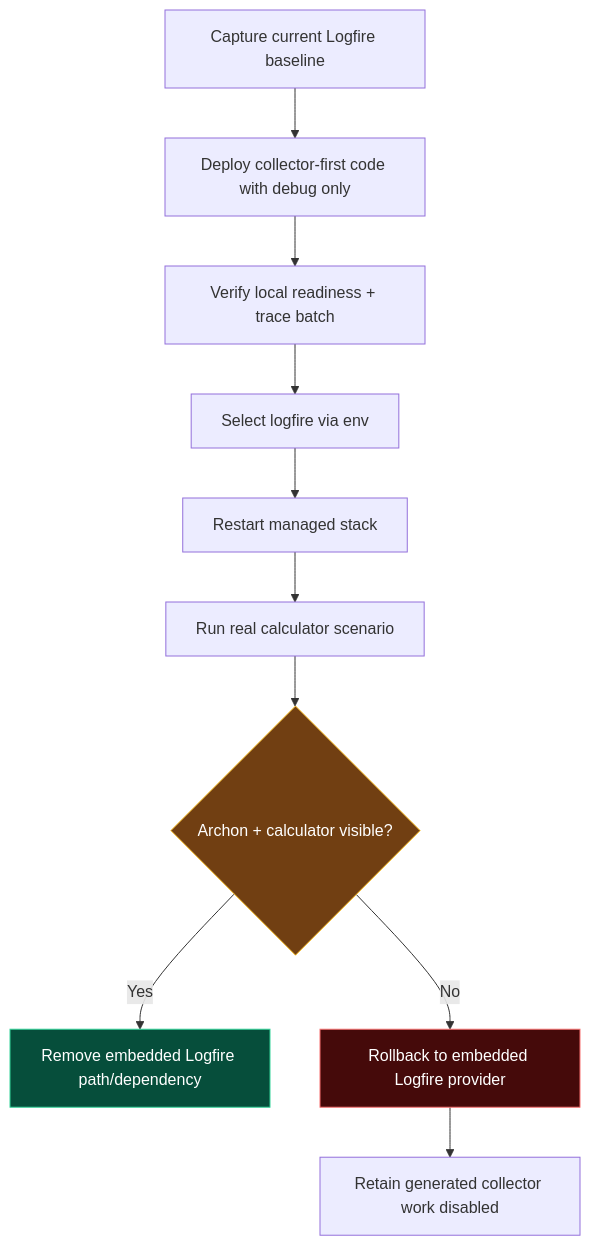
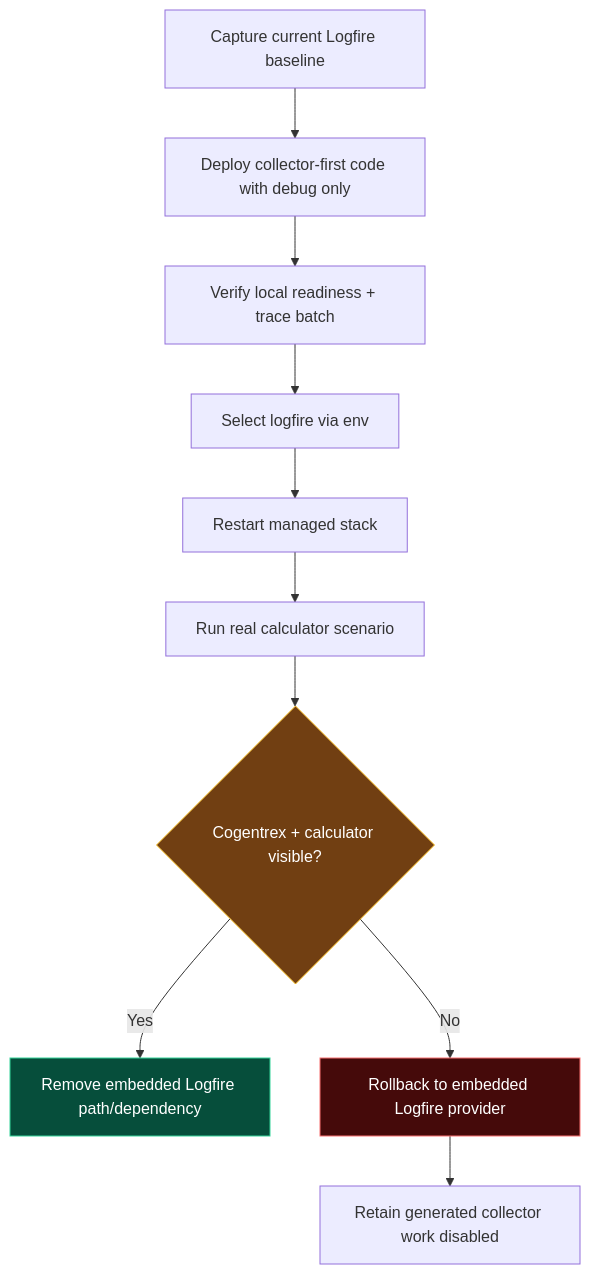
Before and after one commit to levalencia/archon: the eighth of 9 diagrams in .hermes/plans/2026-09-07_145149-vendor-neutral-otel-destination-switching.md, drawn with Mermaid. The commit also changed other lines of this file and 414 other files, not shown here.

First line of the commit message:
feat: rebrand Archon as Cogentrex

````diff
--- a/.hermes/plans/2026-09-07_145149-vendor-neutral-otel-destination-switching.md
+++ b/.hermes/plans/2026-09-07_145149-vendor-neutral-otel-destination-switching.md
@@ -686,16 +686,16 @@
 ```mermaid
 flowchart TD
     A[Capture current Logfire baseline] --> B[Deploy collector-first code with debug only]
     B --> C[Verify local readiness + trace batch]
     C --> D[Select logfire via env]
     D --> E[Restart managed stack]
     E --> F[Run real calculator scenario]
-    F --> G{Archon + calculator visible?}
+    F --> G{Cogentrex + calculator visible?}
     G -->|Yes| H[Remove embedded Logfire path/dependency]
     G -->|No| I[Rollback to embedded Logfire provider]
     I --> J[Retain generated collector work disabled]
 
     style G fill:#713f12,stroke:#fbbf24,color:#fff
     style H fill:#064e3b,stroke:#34d399,color:#fff
     style I fill:#450a0a,stroke:#f87171,color:#fff
 ```
````
